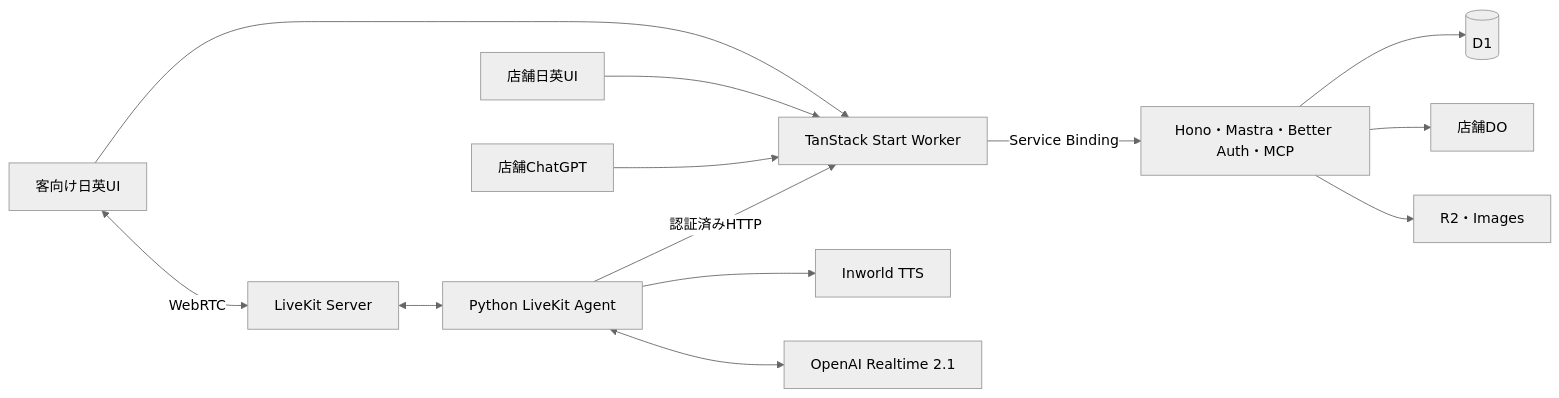
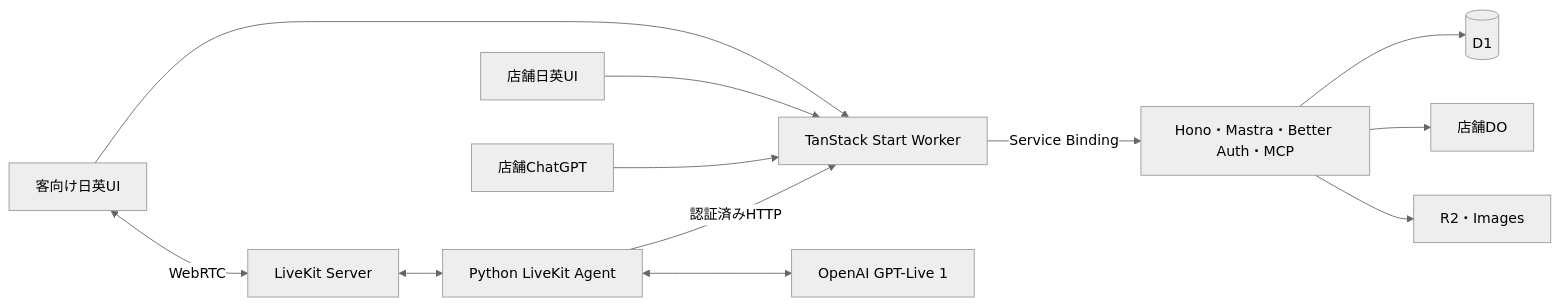
Before and after one commit to kit-codex-hack-fes-2026/tablecast-poc: the diagram in docs/architecture.md, drawn with Mermaid (neutral theme). The commit also changed other lines of this file and 58 other files, not shown here.

First line of the commit message:
feat(voice)!: ✨ adopt GPT-Live client delegation (#100)

````diff
--- a/docs/architecture.md
+++ b/docs/architecture.md
@@ -7,15 +7,14 @@
 ```mermaid
 flowchart LR
     Customer[客向け日英UI] --> Web[TanStack Start Worker]
     Staff[店舗日英UI] --> Web
     ChatGPT[店舗ChatGPT] --> Web
     Web -->|Service Binding| API[Hono・Mastra・Better Auth・MCP]
     API --> D1[(D1)]
     API --> DO[店舗DO]
     API --> R2[R2・Images]
     Customer <-->|WebRTC| Media[LiveKit Server]
     Media <--> Voice[Python LiveKit Agent]
     Voice -->|認証済みHTTP| Web
-    Voice --> Inworld[Inworld TTS]
-    Voice <--> Model[OpenAI Realtime 2.1]
+    Voice <--> Model[OpenAI GPT-Live 1]
 ```
````
